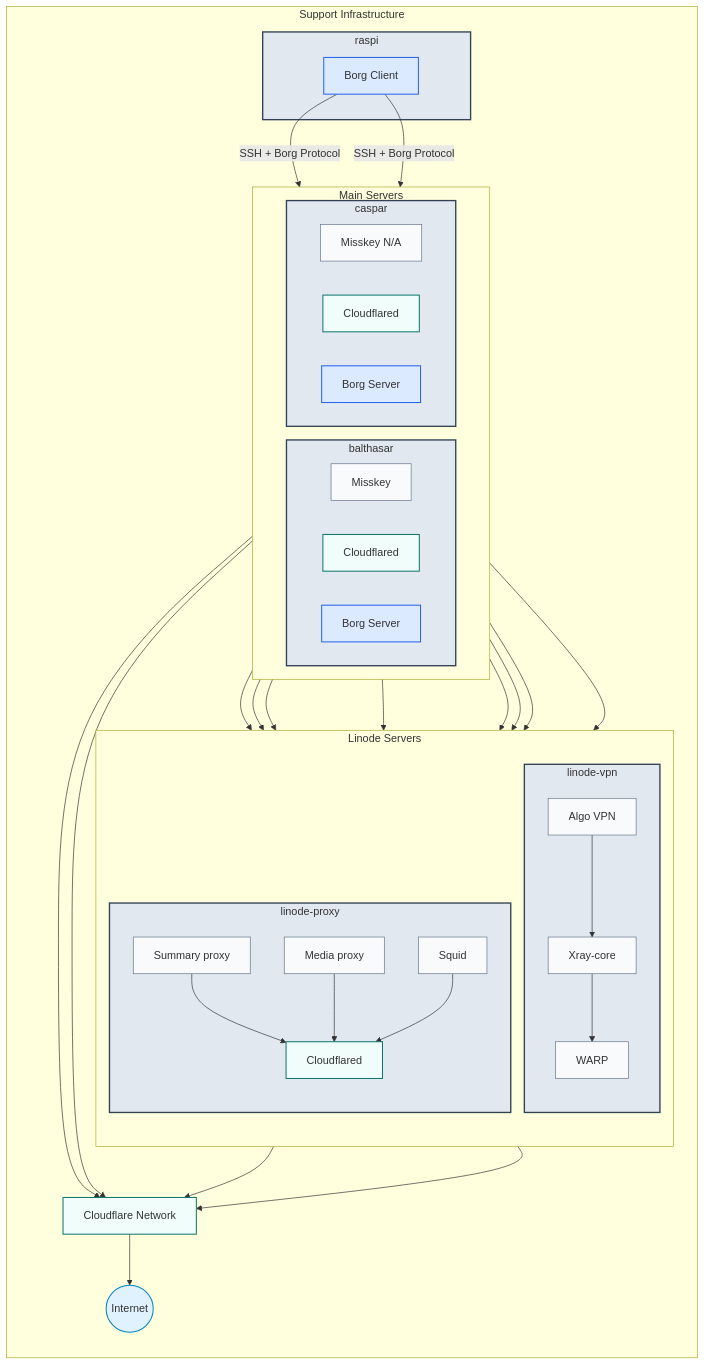
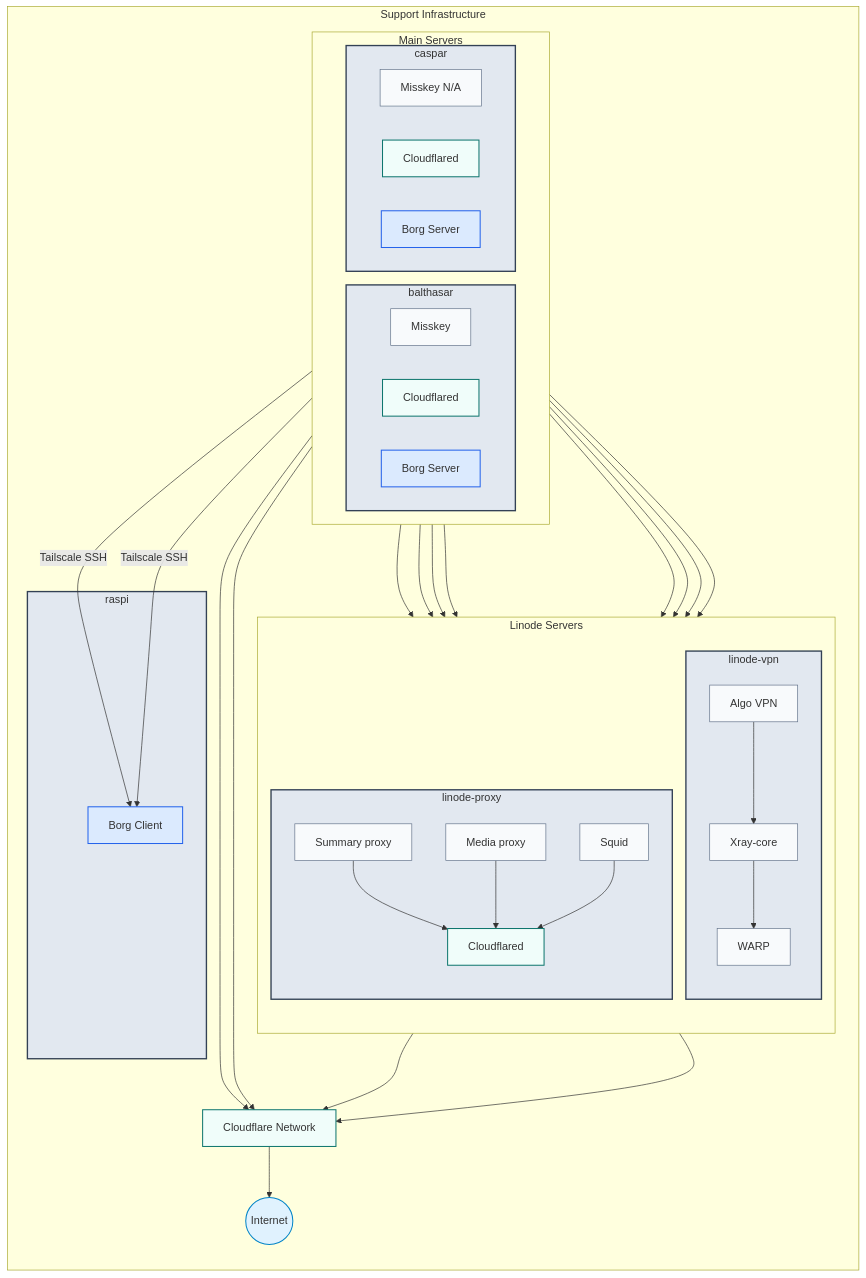
Before and after one commit to yamisskey-dev/hosted-list: the second of 2 diagrams in README.md, drawn with Mermaid.

```diff
--- a/README.md
+++ b/README.md
@@ -178,8 +178,8 @@
 balthasar & caspar --> algo --> xray --> warp
 
 %% Backup connections - improved with SSH details
-borg_client -- "SSH + Borg Protocol" --> borg_b
-borg_client -- "SSH + Borg Protocol" --> borg_c
+borg_b -- "Tailscale SSH" --> borg_client
+borg_c -- "Tailscale SSH" --> borg_client
 
 %% Cloudflare connections
 cloudflared_b & cloudflared_c --> cloudflare_network
```
